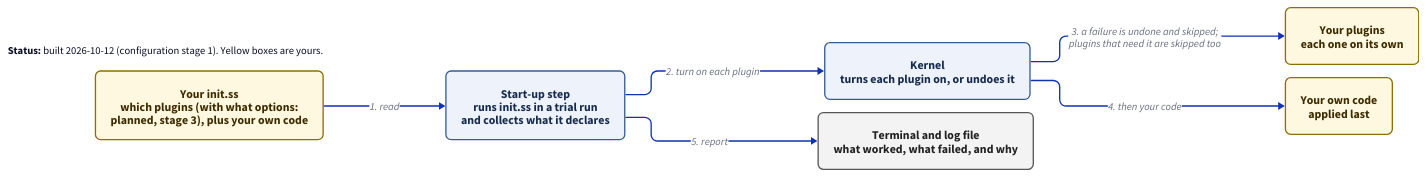
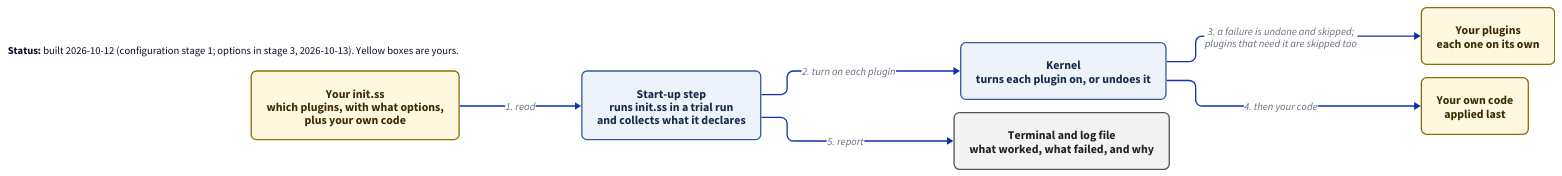
One commit to jaybonthius/tuna changed the diagram in docs/diagrams/config-startup.d2. Above: the diagram before and after it, drawn with D2. The commit also changed 9 other files, not shown here.

```diff
--- a/docs/diagrams/config-startup.d2
+++ b/docs/diagrams/config-startup.d2
@@ -1,55 +1,55 @@
 # What happens when Tuna starts with your configuration?
 vars: {
   d2-config: {
     layout-engine: elk
     theme-id: 0
   }
 }
 direction: right
 
 classes: {
   yours: {
     style: {
       fill: "#fff8e1"
       stroke: "#8d6e00"
       font-color: "#3e2c00"
       border-radius: 8
       font-size: 18
     }
   }
   tuna: {
     style: {
       fill: "#eef3fb"
       stroke: "#355c96"
       font-color: "#172b4d"
       border-radius: 8
       font-size: 18
     }
   }
   out: {
     style: {
       fill: "#f3f3f3"
       stroke: "#555555"
       font-color: "#222222"
       border-radius: 8
       font-size: 18
     }
   }
 }
 
 legend: |md
-  **Status:** built 2026-10-12 (configuration stage 1). Yellow boxes are yours.
+  **Status:** built 2026-10-12 (configuration stage 1; options in stage 3, 2026-10-13). Yellow boxes are yours.
 |
 
-files: "Your init.ss\nwhich plugins (with what options:\nplanned, stage 3), plus your own code" {class: yours}
+files: "Your init.ss\nwhich plugins, with what options,\nplus your own code" {class: yours}
 boot: "Start-up step\nruns init.ss in a trial run\nand collects what it declares" {class: tuna}
 kernel: "Kernel\nturns each plugin on, or undoes it" {class: tuna}
 plugins: "Your plugins\neach one on its own" {class: yours}
 init: "Your own code\napplied last" {class: yours}
 terminal: "Terminal and log file\nwhat worked, what failed, and why" {class: out}
 
 files -> boot: "1. read"
 boot -> kernel: "2. turn on each plugin"
 kernel -> plugins: "3. a failure is undone and skipped;\nplugins that need it are skipped too"
 kernel -> init: "4. then your code"
 boot -> terminal: "5. report"
```
